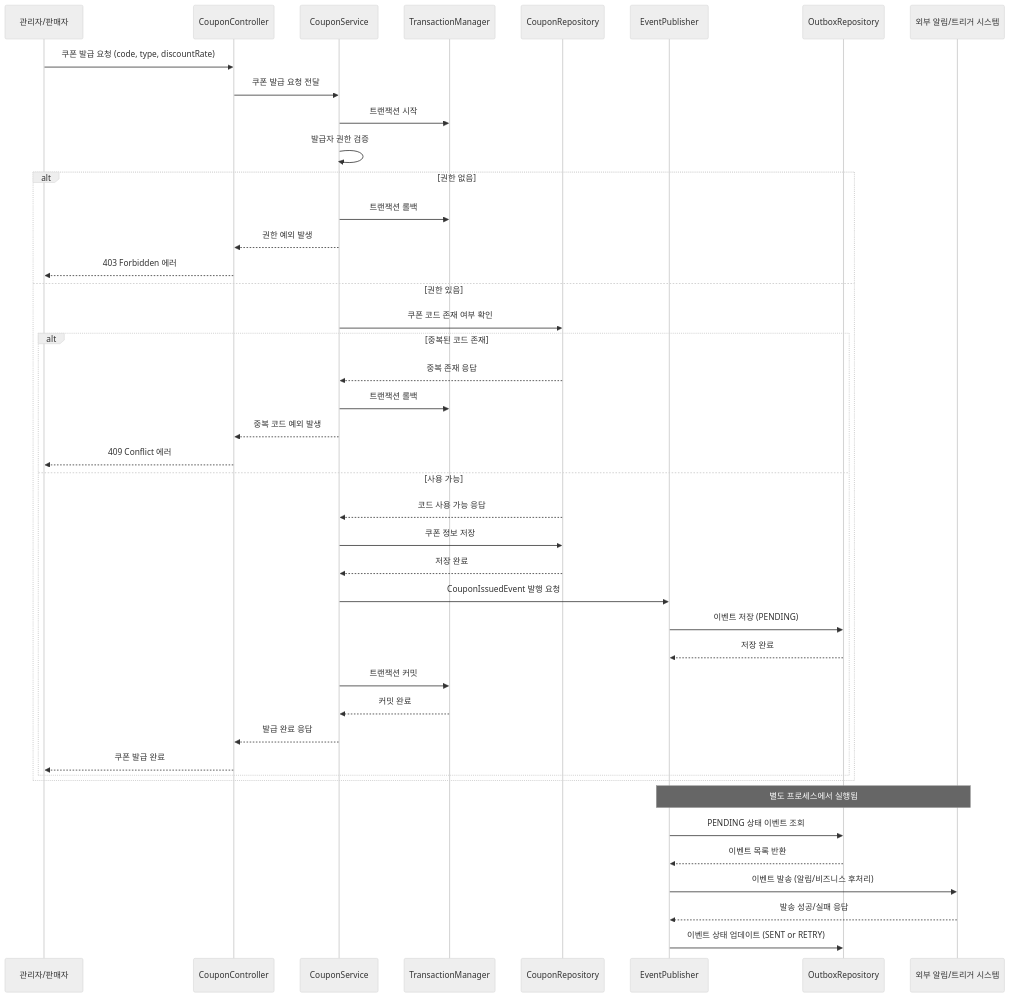
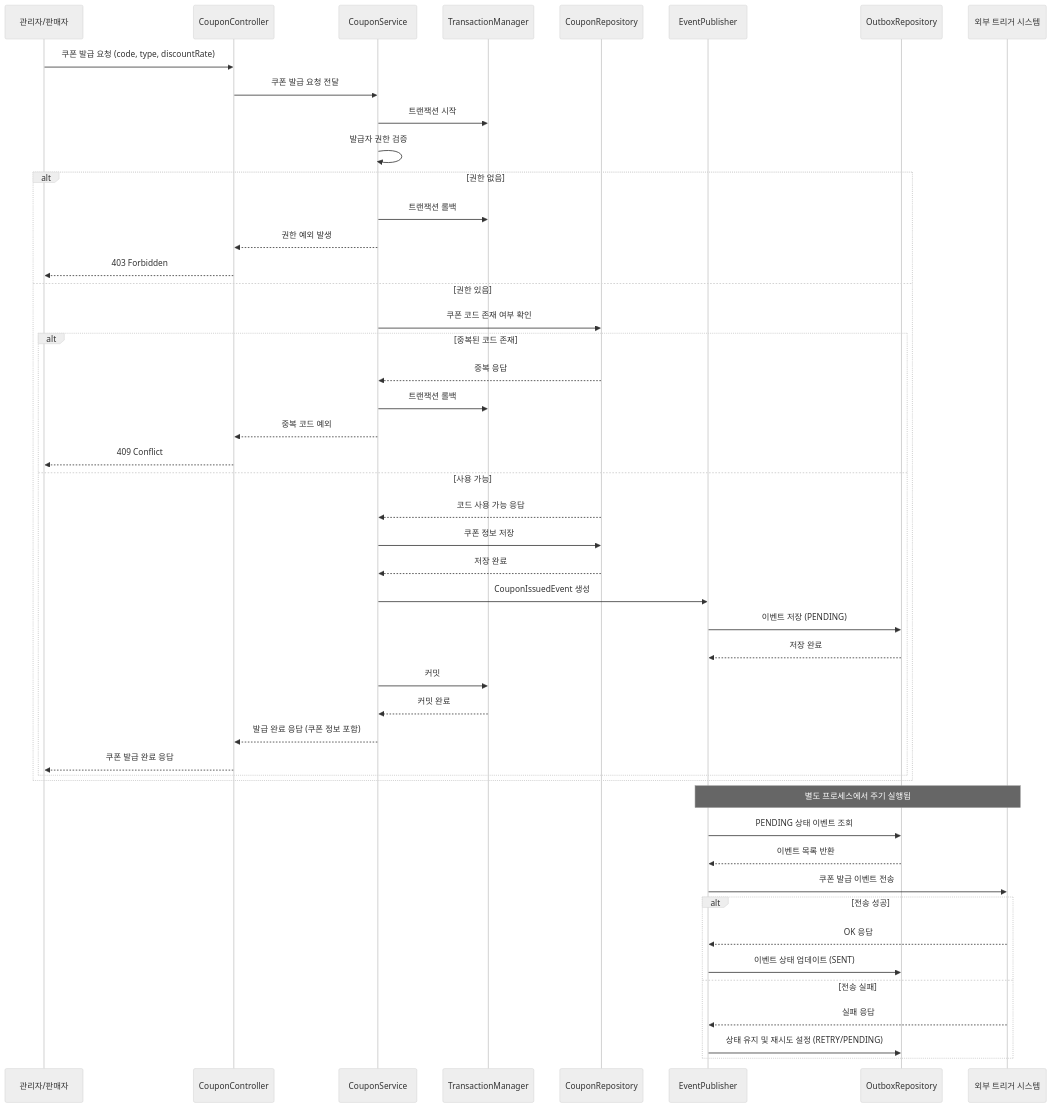
The diagram in docs/sequence-diagram/쿠폰발급&조회.md (thedev-junyoung/hanghae-plus-2wd), drawn with Mermaid (neutral theme) before and after one commit. The commit also changed other lines of this file and 14 other files, not shown here.

````diff
--- a/docs/sequence-diagram/쿠폰발급&조회.md
+++ b/docs/sequence-diagram/쿠폰발급&조회.md
@@ -2,66 +14,70 @@
 ```mermaid
 sequenceDiagram
     participant AdminOrSeller as 관리자/판매자
     participant CouponController
     participant CouponService
     participant TransactionManager
     participant CouponRepository
     participant EventPublisher
     participant OutboxRepository
-    participant ExternalTriggerSystem as 외부 알림/트리거 시스템
+    participant ExternalTriggerSystem as 외부 트리거 시스템
 
 %% 쿠폰 발급 요청
     AdminOrSeller->>CouponController: 쿠폰 발급 요청 (code, type, discountRate)
     CouponController->>CouponService: 쿠폰 발급 요청 전달
 
 %% 트랜잭션 시작
     CouponService->>TransactionManager: 트랜잭션 시작
 
 %% 발급자 권한 검증
     CouponService->>CouponService: 발급자 권한 검증
     alt 권한 없음
         CouponService->>TransactionManager: 트랜잭션 롤백
         CouponService-->>CouponController: 권한 예외 발생
-        CouponController-->>AdminOrSeller: 403 Forbidden 에러
+        CouponController-->>AdminOrSeller: 403 Forbidden
     else 권한 있음
 
-    %% 쿠폰 코드 중복 여부 확인
+    %% 쿠폰 코드 중복 확인
         CouponService->>CouponRepository: 쿠폰 코드 존재 여부 확인
         alt 중복된 코드 존재
-            CouponRepository-->>CouponService: 중복 존재 응답
+            CouponRepository-->>CouponService: 중복 응답
             CouponService->>TransactionManager: 트랜잭션 롤백
-            CouponService-->>CouponController: 중복 코드 예외 발생
-            CouponController-->>AdminOrSeller: 409 Conflict 에러
+            CouponService-->>CouponController: 중복 코드 예외
+            CouponController-->>AdminOrSeller: 409 Conflict
         else 사용 가능
             CouponRepository-->>CouponService: 코드 사용 가능 응답
 
-        %% 쿠폰 생성 및 저장
+        %% 쿠폰 저장
             CouponService->>CouponRepository: 쿠폰 정보 저장
             CouponRepository-->>CouponService: 저장 완료
 
-        %% 쿠폰 발급 이벤트 저장 (Outbox)
-            CouponService->>EventPublisher: CouponIssuedEvent 발행 요청
+        %% 아웃박스 이벤트 저장
+            CouponService->>EventPublisher: CouponIssuedEvent 생성
             EventPublisher->>OutboxRepository: 이벤트 저장 (PENDING)
             OutboxRepository-->>EventPublisher: 저장 완료
 
         %% 트랜잭션 커밋
-            CouponService->>TransactionManager: 트랜잭션 커밋
+            CouponService->>TransactionManager: 커밋
             TransactionManager-->>CouponService: 커밋 완료
 
-            CouponService-->>CouponController: 발급 완료 응답
-            CouponController-->>AdminOrSeller: 쿠폰 발급 완료
+            CouponService-->>CouponController: 발급 완료 응답 (쿠폰 정보 포함)
+            CouponController-->>AdminOrSeller: 쿠폰 발급 완료 응답
         end
     end
 
-%% --- 비동기 이벤트 발행 ---
-    Note over EventPublisher, ExternalTriggerSystem: 별도 프로세스에서 실행됨
+%% --- 비동기 이벤트 발행 프로세스 ---
+    Note over EventPublisher, ExternalTriggerSystem: 별도 프로세스에서 주기 실행됨
 
     EventPublisher->>OutboxRepository: PENDING 상태 이벤트 조회
     OutboxRepository-->>EventPublisher: 이벤트 목록 반환
 
-    EventPublisher->>ExternalTriggerSystem: 이벤트 발송 (알림/비즈니스 후처리)
-    ExternalTriggerSystem-->>EventPublisher: 발송 성공/실패 응답
-
-    EventPublisher->>OutboxRepository: 이벤트 상태 업데이트 (SENT or RETRY)
+    EventPublisher->>ExternalTriggerSystem: 쿠폰 발급 이벤트 전송
+    alt 전송 성공
+        ExternalTriggerSystem-->>EventPublisher: OK 응답
+        EventPublisher->>OutboxRepository: 이벤트 상태 업데이트 (SENT)
+    else 전송 실패
+        ExternalTriggerSystem-->>EventPublisher: 실패 응답
+        EventPublisher->>OutboxRepository: 상태 유지 및 재시도 설정 (RETRY/PENDING)
+    end
 
 ```
````
